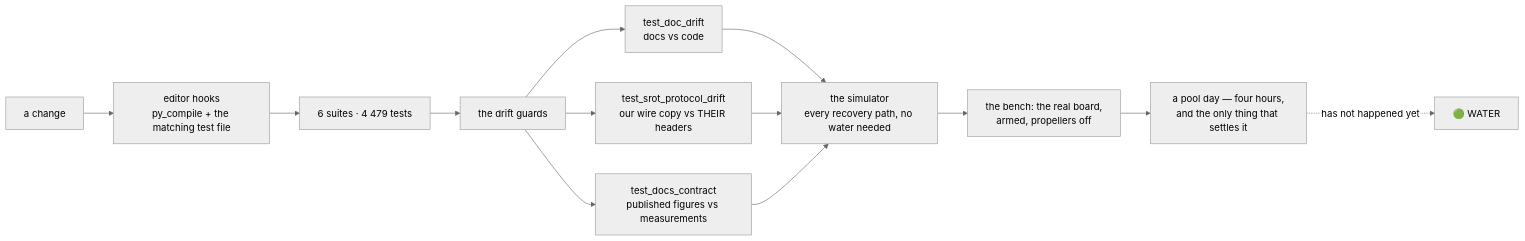
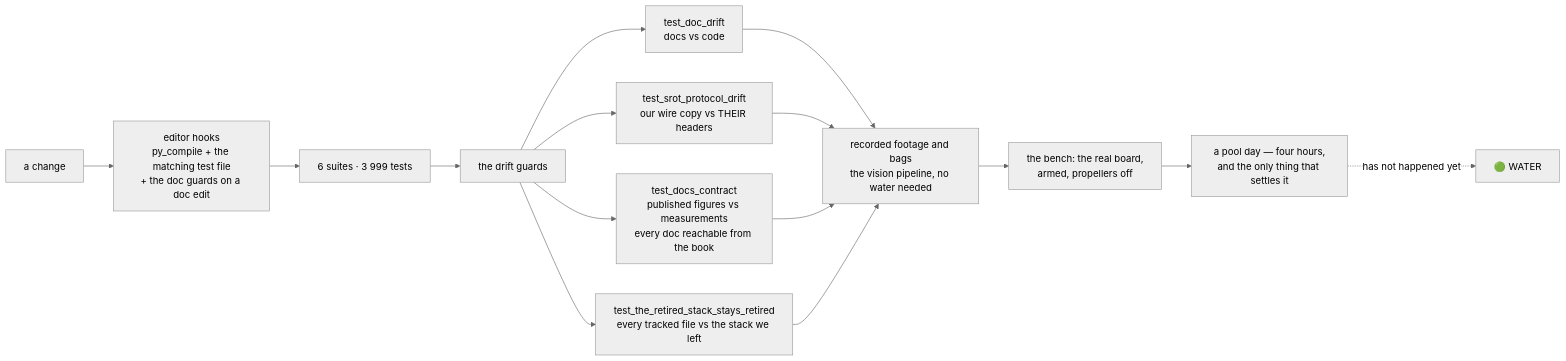
One commit to fh1m/mongla_ws changed the ninth of 10 diagrams in README.md. Above: the diagram before and after it, drawn with Mermaid (neutral theme). The commit also changed other lines of this file and 672 other files, not shown here.

First line of the commit message:
chore: the retired stack leaves main, and docs now change with the code or a test fails

````diff
--- a/README.md
+++ b/README.md
@@ -752,15 +747,17 @@
 ```mermaid
 flowchart LR
-    DEV["a change"] --> HOOK["editor hooks<br/>py_compile + the matching test file"]
-    HOOK --> UNIT["6 suites · 4 479 tests"]
+    DEV["a change"] --> HOOK["editor hooks<br/>py_compile + the matching test file<br/>+ the doc guards on a doc edit"]
+    HOOK --> UNIT["6 suites · 3 999 tests"]
     UNIT --> GUARD["the drift guards"]
     GUARD --> G1["test_doc_drift<br/>docs vs code"]
     GUARD --> G2["test_srot_protocol_drift<br/>our wire copy vs THEIR headers"]
-    GUARD --> G3["test_docs_contract<br/>published figures vs measurements"]
-    G1 --> SIM["the simulator<br/>every recovery path, no water needed"]
-    G2 --> SIM
-    G3 --> SIM
-    SIM --> BENCH["the bench: the real board,<br/>armed, propellers off"]
+    GUARD --> G3["test_docs_contract<br/>published figures vs measurements<br/>every doc reachable from the book"]
+    GUARD --> G4["test_the_retired_stack_stays_retired<br/>every tracked file vs the stack we left"]
+    G1 --> REPLAY["recorded footage and bags<br/>the vision pipeline, no water needed"]
+    G2 --> REPLAY
+    G3 --> REPLAY
+    G4 --> REPLAY
+    REPLAY --> BENCH["the bench: the real board,<br/>armed, propellers off"]
     BENCH --> POOL["a pool day — four hours,<br/>and the only thing that settles it"]
     POOL -.->|"has not happened yet"| WATER["🟢 WATER"]
 ```
````
